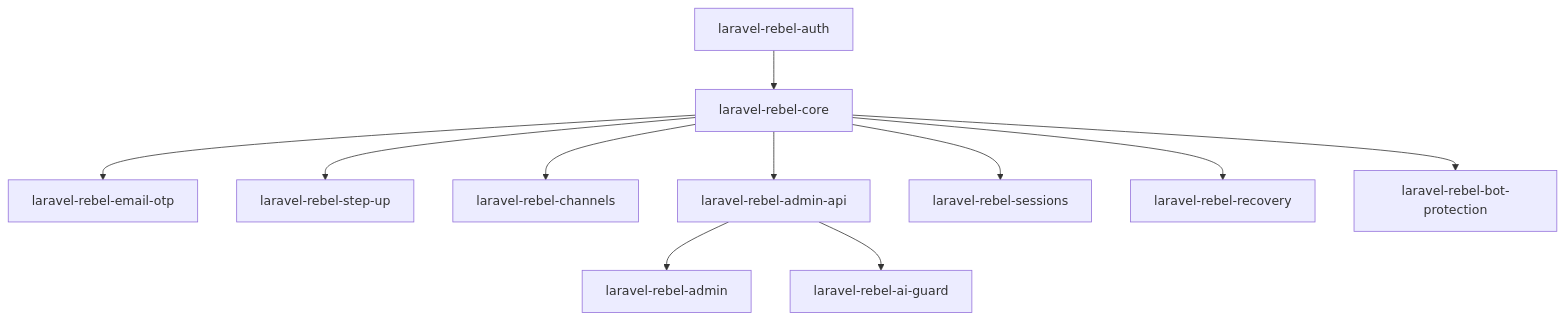
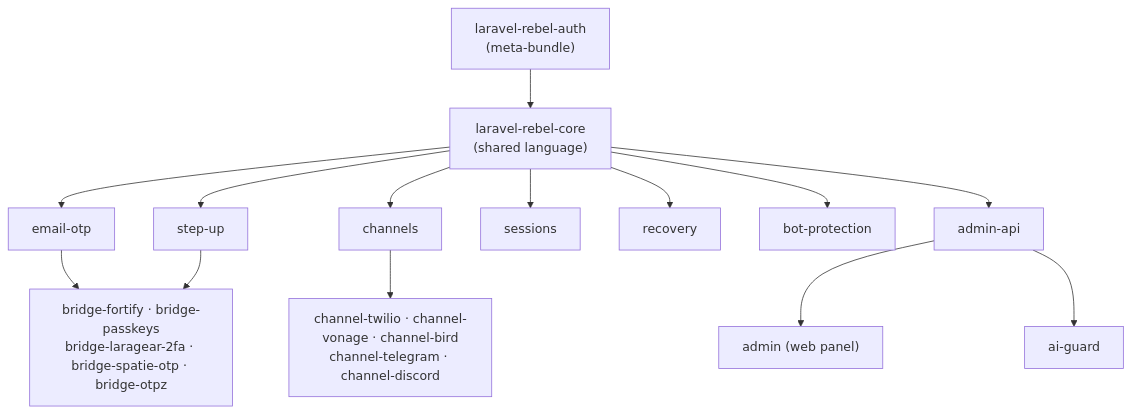
The diagram in docs-site/docs/ecosystem/dependency-graph.md (padosoft/laravel-rebel-core), drawn with Mermaid before and after one commit. The commit also changed other lines of this file and 56 other files, not shown here.

````diff
--- a/docs-site/docs/ecosystem/dependency-graph.md
+++ b/docs-site/docs/ecosystem/dependency-graph.md
@@ -3,24 +13,17 @@
 ```mermaid
 flowchart TB
-  Core[laravel-rebel-core]
-  Auth[laravel-rebel-auth]
-  Email[laravel-rebel-email-otp]
-  Step[laravel-rebel-step-up]
-  Channels[laravel-rebel-channels]
-  AdminApi[laravel-rebel-admin-api]
-  Admin[laravel-rebel-admin]
-  Ai[laravel-rebel-ai-guard]
-  Sessions[laravel-rebel-sessions]
-  Recovery[laravel-rebel-recovery]
-  Bot[laravel-rebel-bot-protection]
-  Auth --> Core
-  Core --> Email
-  Core --> Step
-  Core --> Channels
-  Core --> AdminApi
-  AdminApi --> Admin
-  AdminApi --> Ai
-  Core --> Sessions
-  Core --> Recovery
-  Core --> Bot
+  Core["laravel-rebel-core<br/>(shared language)"]
+  Auth["laravel-rebel-auth<br/>(meta-bundle)"] --> Core
+  Core --> Email["email-otp"]
+  Core --> Step["step-up"]
+  Core --> Channels["channels"]
+  Core --> Sessions["sessions"]
+  Core --> Recovery["recovery"]
+  Core --> Bot["bot-protection"]
+  Core --> AdminApi["admin-api"]
+  AdminApi --> Admin["admin (web panel)"]
+  AdminApi --> Ai["ai-guard"]
+  Email --> Bridges
+  Step --> Bridges["bridge-fortify · bridge-passkeys<br/>bridge-laragear-2fa · bridge-spatie-otp · bridge-otpz"]
+  Channels --> Providers["channel-twilio · channel-vonage · channel-bird<br/>channel-telegram · channel-discord"]
 ```
````
